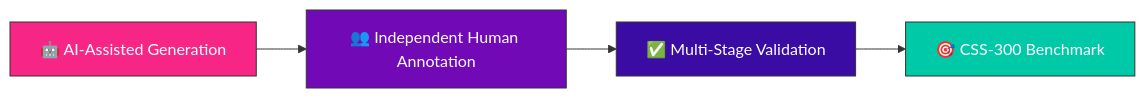
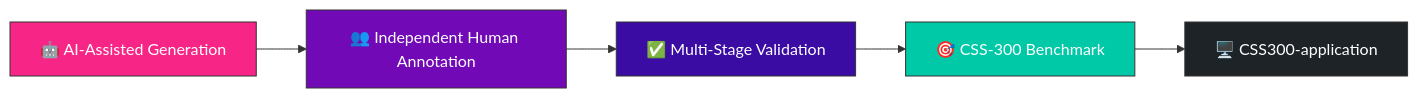
The diagram in README.md (Aryan-Sonone/CSS300), drawn with Mermaid before and after one commit. The commit also changed other lines of this file, not shown here.

````diff
--- a/README.md
+++ b/README.md
@@ -138,10 +196,12 @@
 ```mermaid
 graph LR
     A[🤖 AI-Assisted Generation] --> B[👥 Independent Human Annotation]
     B --> C[✅ Multi-Stage Validation]
     C --> D[🎯 CSS-300 Benchmark]
+    D --> E[🖥️ CSS300-application]
     style A fill:#F72585,color:#fff,stroke:#333
     style B fill:#7209B7,color:#fff,stroke:#333
     style C fill:#3A0CA3,color:#fff,stroke:#333
     style D fill:#00C9A7,color:#fff,stroke:#333
+    style E fill:#1e2327,color:#fff,stroke:#333
 ```
````
